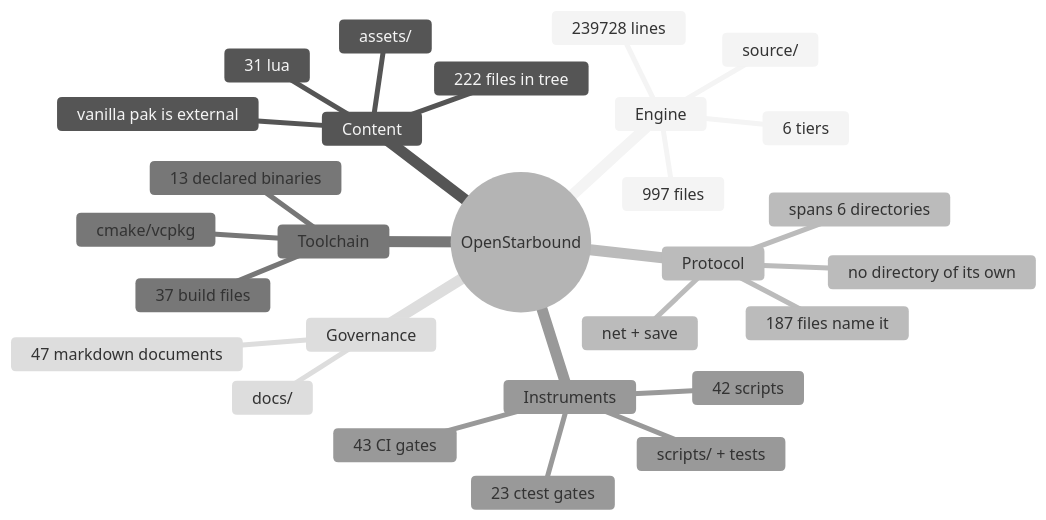
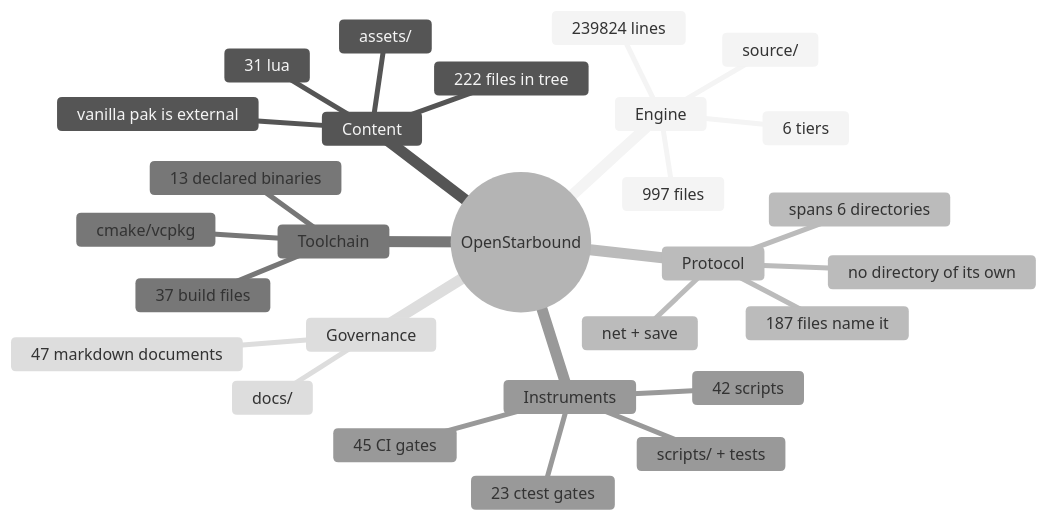
The second of 11 diagrams in docs/architecture/system-boundaries.md (apnex/OpenStarbound), drawn with Mermaid (neutral theme) before and after one commit. The commit also changed other lines of this file and 12 other files, not shown here.

````diff
--- a/docs/architecture/system-boundaries.md
+++ b/docs/architecture/system-boundaries.md
@@ -166,31 +166,31 @@
 ```mermaid
 mindmap
   root((OpenStarbound))
     Engine
       source/
       997 files
-      239728 lines
+      239824 lines
       6 tiers
     Content
       assets/
       222 files in tree
       31 lua
       vanilla pak is external
     Protocol
       net + save
       187 files name it
       spans 6 directories
       no directory of its own
     Toolchain
       cmake/vcpkg
       37 build files
       13 declared binaries
     Instruments
       scripts/ + tests
       42 scripts
       23 ctest gates
-      43 CI gates
+      45 CI gates
     Governance
       docs/
       47 markdown documents
 ```
````
